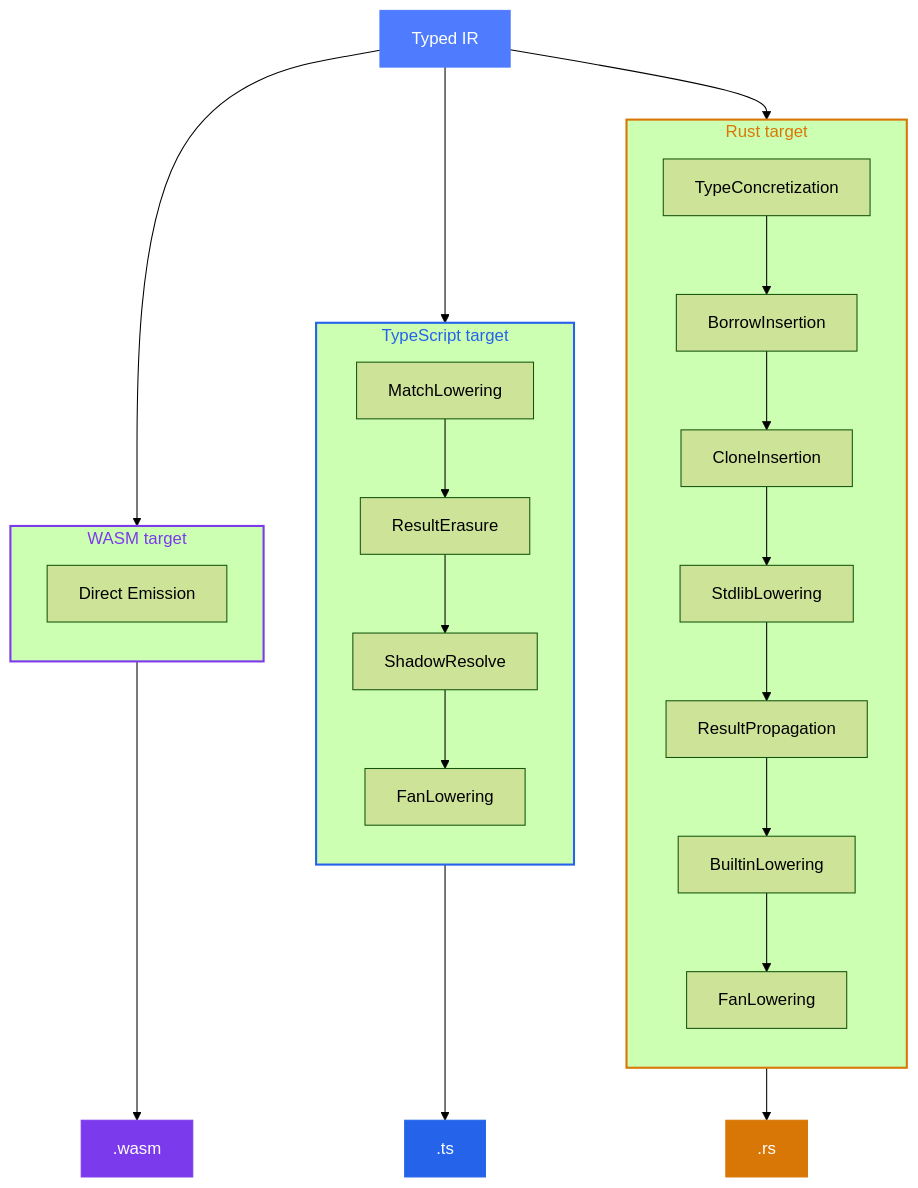
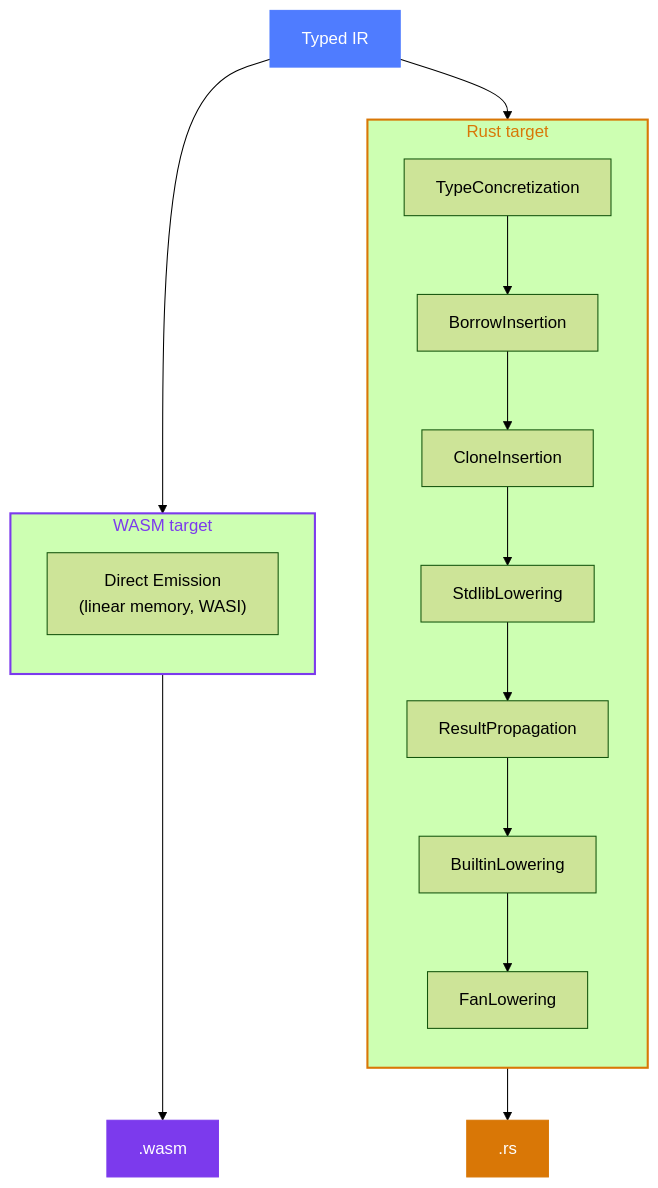
Before and after one commit to almide/docs: the third of 3 diagrams in src/content/docs/design/architecture.mdx, drawn with Mermaid (forest theme). The commit also changed other lines of this file and 11 other files, not shown here.

Commit message:
Update docs for v0.13.1: add self-update, fix stdlib pages, rewrite architecture, add sidebar modules

````diff
--- a/src/content/docs/design/architecture.mdx
+++ b/src/content/docs/design/architecture.mdx
@@ -93,40 +87,30 @@
 ```mermaid
 flowchart TD
   IR["Typed IR"]
 
-  IR --> TC & ML & WE
+  IR --> TC & WE
 
   subgraph Rust["Rust target"]
     direction TB
     TC["TypeConcretization"] --> BI["BorrowInsertion"]
     BI --> CI["CloneInsertion"]
     CI --> SL["StdlibLowering"]
     SL --> RP["ResultPropagation"]
     RP --> BL["BuiltinLowering"]
     BL --> FL1["FanLowering"]
   end
 
-  subgraph TypeScript["TypeScript target"]
-    direction TB
-    ML["MatchLowering"] --> RE["ResultErasure"]
-    RE --> SR["ShadowResolve"]
-    SR --> FL2["FanLowering"]
-  end
-
   subgraph WASM["WASM target"]
     direction TB
-    WE["Direct Emission"]
+    WE["Direct Emission\n(linear memory, WASI)"]
   end
 
   FL1 --> RS[".rs"]
-  FL2 --> TSout[".ts"]
   WE --> WO[".wasm"]
 
   style IR fill:#4f7cff,color:#fff,stroke:#4f7cff
   style RS fill:#d97706,color:#fff,stroke:#d97706
-  style TSout fill:#2563eb,color:#fff,stroke:#2563eb
   style WO fill:#7c3aed,color:#fff,stroke:#7c3aed
   style Rust stroke:#d97706,stroke-width:2px,color:#d97706
-  style TypeScript stroke:#2563eb,stroke-width:2px,color:#2563eb
   style WASM stroke:#7c3aed,stroke-width:2px,color:#7c3aed
 ```
````
